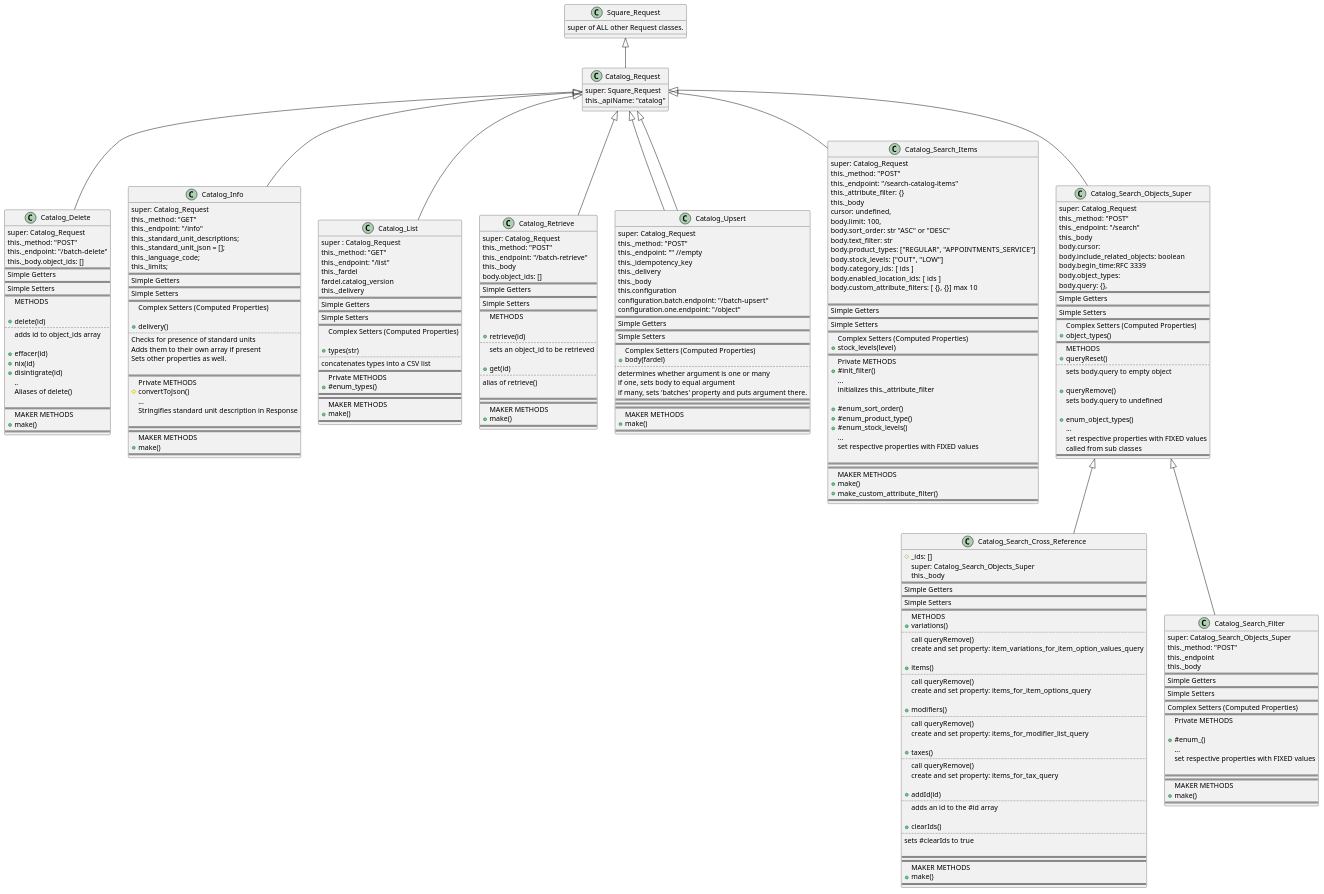
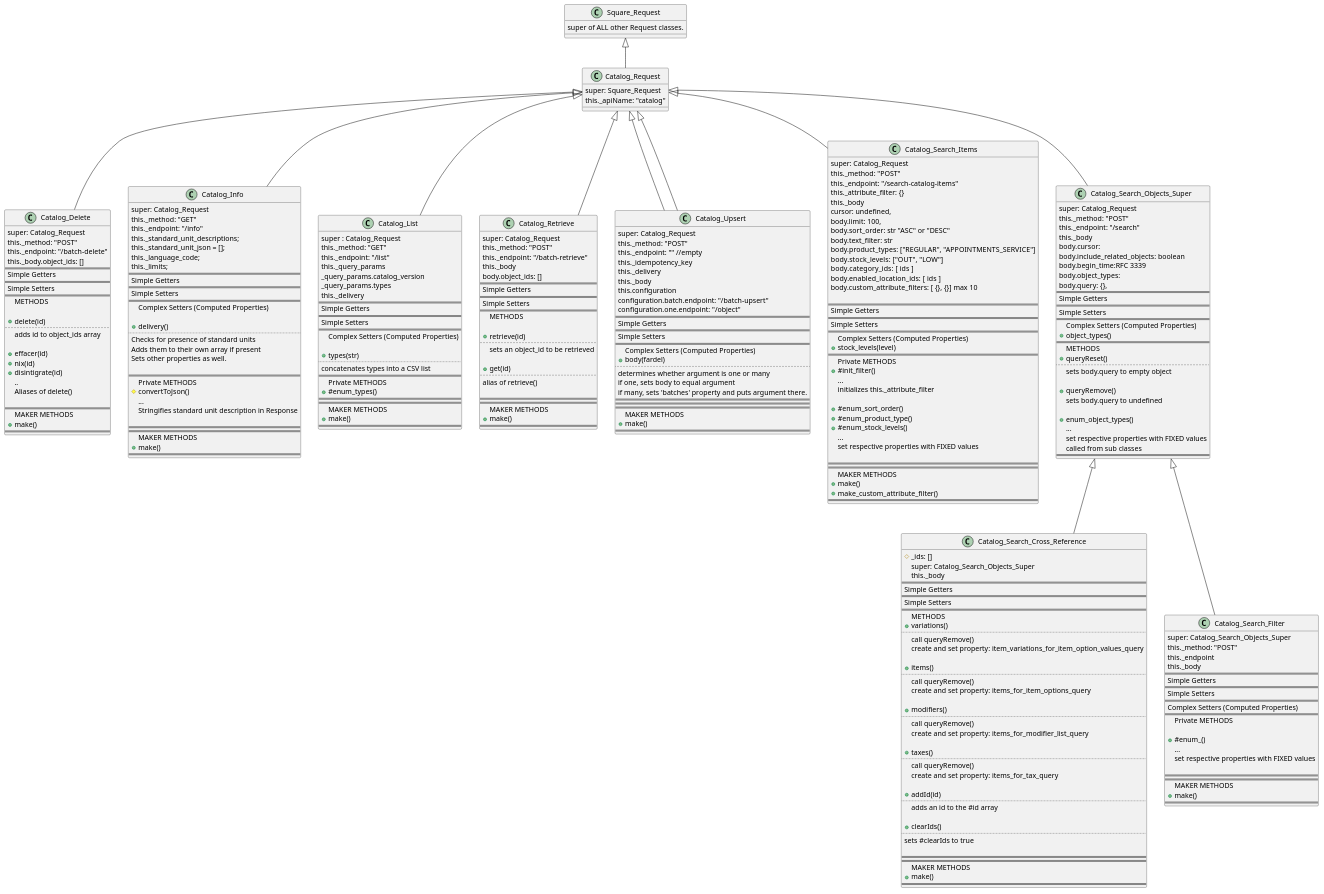
Before and after one commit to TwoFistedJustice/square-pie: the diagram in docs/uml/catalog_request_pie.puml, drawn with PlantUML. The commit also changed 1 other file, not shown here.

Commit message:
fix: replace fardel with query_params
note change in diagram
add todo for implementing query parameters

```diff
--- a/docs/uml/catalog_request_pie.puml
+++ b/docs/uml/catalog_request_pie.puml
@@ -88,8 +88,9 @@
 super : Catalog_Request
 this._method: "GET"
 this._endpoint: "/list"
-this._fardel
-fardel.catalog_version
+this._query_params
+_query_params.catalog_version
+_query_params.types
 this._delivery
 ==
 Simple Getters
```
